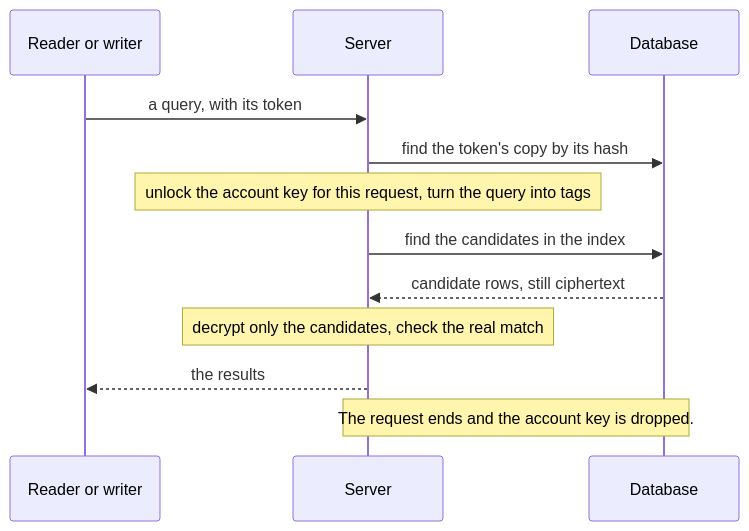
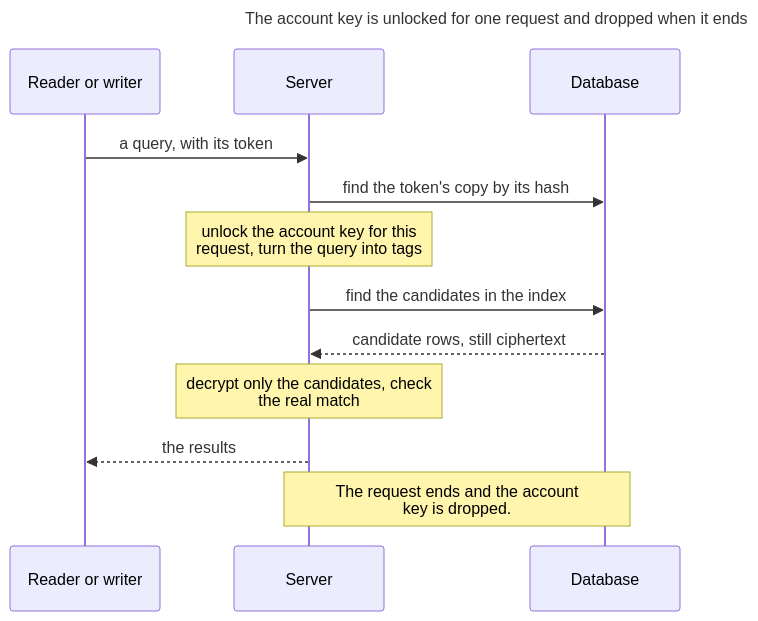
One commit to ajs-consult-llc/mirror-encryption-rfc changed the diagram in diagrams/search-and-retrieve-3-parties-one-request.mmd. Above: the diagram before and after it, drawn with Mermaid. The commit also changed 23 other files, not shown here.

First line of the commit message:
Diagrams that read: titles, short lines, vertical layouts

```diff
--- a/diagrams/search-and-retrieve-3-parties-one-request.mmd
+++ b/diagrams/search-and-retrieve-3-parties-one-request.mmd
@@ -1,14 +1,17 @@
+---
+title: "The account key is unlocked for one request and dropped when it ends"
+---
 sequenceDiagram
   accTitle: The account key is unlocked for one request and dropped when it ends
   accDescr: Search and retrieve. A reader or writer sends a query with its token. The server finds the token's copy by its hash, unlocks the account key for this request and turns the query into tags. It finds the candidates in the index and gets back candidate rows, still ciphertext. It decrypts only the candidates, checks the real match, and returns the results. The request ends and the account key is dropped.
   participant R as Reader or writer
   participant S as Server
   participant DB as Database
   R->>S: a query, with its token
   S->>DB: find the token's copy by its hash
-  Note over S: unlock the account key for this request, turn the query into tags
+  Note over S: unlock the account key for this<br/>request, turn the query into tags
   S->>DB: find the candidates in the index
   DB-->>S: candidate rows, still ciphertext
-  Note over S: decrypt only the candidates, check the real match
+  Note over S: decrypt only the candidates, check<br/>the real match
   S-->>R: the results
-  Note over S,DB: The request ends and the account key is dropped.
+  Note over S,DB: The request ends and the account<br/>key is dropped.
```
